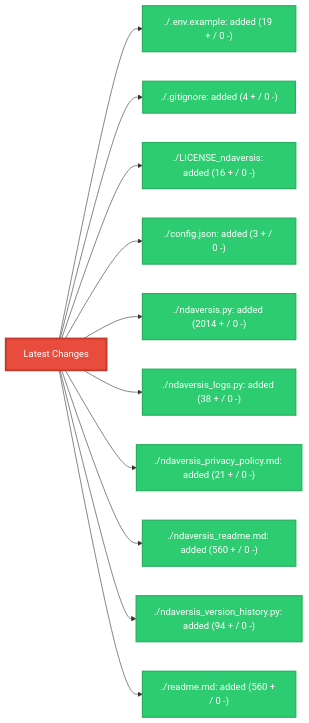
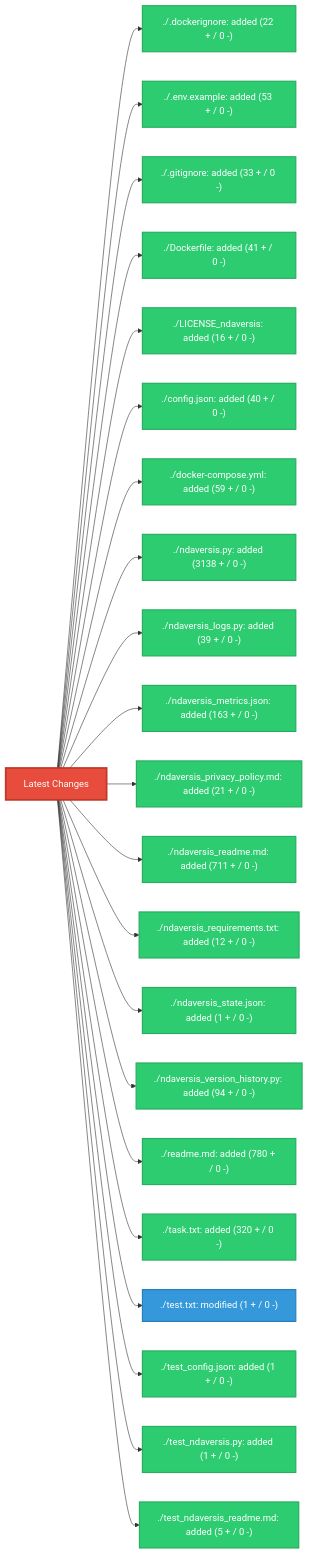
One commit to lystwork/ndaversis changed the sixth of 7 diagrams in readme.md. Above: the diagram before and after it, drawn with Mermaid. The commit also changed other lines of this file and 4 other files, not shown here.

````diff
--- a/readme.md
+++ b/readme.md
@@ -497,32 +614,54 @@
 ```mermaid
 graph LR
-    Root["Latest Changes"] --> env_example & gitignore & LICENSE_ndaversis & config_json & ndaversis_py & ndaversis_logs_py & ndaversis_privacy_policy_md & ndaversis_readme_md & ndaversis_version_history_py & readme_md
-    env_example["./.env.example: added (19 + / 0 -)"]
-    gitignore["./.gitignore: added (4 + / 0 -)"]
+    Root["Latest Changes"] --> dockerignore & env_example & gitignore & Dockerfile & LICENSE_ndaversis & config_json & docker_compose_yml & ndaversis_py & ndaversis_logs_py & ndaversis_metrics_json & ndaversis_privacy_policy_md & ndaversis_readme_md & ndaversis_requirements_txt & ndaversis_state_json & ndaversis_version_history_py & readme_md & task_txt & test_txt & test_config_json & test_ndaversis_py & test_ndaversis_readme_md
+    dockerignore["./.dockerignore: added (22 + / 0 -)"]
+    env_example["./.env.example: added (53 + / 0 -)"]
+    gitignore["./.gitignore: added (33 + / 0 -)"]
+    Dockerfile["./Dockerfile: added (41 + / 0 -)"]
     LICENSE_ndaversis["./LICENSE_ndaversis: added (16 + / 0 -)"]
-    config_json["./config.json: added (3 + / 0 -)"]
-    ndaversis_py["./ndaversis.py: added (2014 + / 0 -)"]
-    ndaversis_logs_py["./ndaversis_logs.py: added (38 + / 0 -)"]
+    config_json["./config.json: added (40 + / 0 -)"]
+    docker_compose_yml["./docker-compose.yml: added (59 + / 0 -)"]
+    ndaversis_py["./ndaversis.py: added (3138 + / 0 -)"]
+    ndaversis_logs_py["./ndaversis_logs.py: added (39 + / 0 -)"]
+    ndaversis_metrics_json["./ndaversis_metrics.json: added (163 + / 0 -)"]
     ndaversis_privacy_policy_md["./ndaversis_privacy_policy.md: added (21 + / 0 -)"]
-    ndaversis_readme_md["./ndaversis_readme.md: added (560 + / 0 -)"]
+    ndaversis_readme_md["./ndaversis_readme.md: added (711 + / 0 -)"]
+    ndaversis_requirements_txt["./ndaversis_requirements.txt: added (12 + / 0 -)"]
+    ndaversis_state_json["./ndaversis_state.json: added (1 + / 0 -)"]
     ndaversis_version_history_py["./ndaversis_version_history.py: added (94 + / 0 -)"]
-    readme_md["./readme.md: added (560 + / 0 -)"]
+    readme_md["./readme.md: added (780 + / 0 -)"]
+    task_txt["./task.txt: added (320 + / 0 -)"]
+    test_txt["./test.txt: modified (1 + / 0 -)"]
+    test_config_json["./test_config.json: added (1 + / 0 -)"]
+    test_ndaversis_py["./test_ndaversis.py: added (1 + / 0 -)"]
+    test_ndaversis_readme_md["./test_ndaversis_readme.md: added (5 + / 0 -)"]
 
 %% Dark mode styling
 classDef rootNode fill:#e74c3c,stroke:#c0392b,stroke-width:3px,color:#fff
 classDef modifiedNode fill:#3498db,stroke:#2980b9,stroke-width:2px,color:#fff
 classDef addedNode fill:#2ecc71,stroke:#27ae60,stroke-width:2px,color:#fff
 classDef deletedNode fill:#95a5a6,stroke:#7f8c8d,stroke-width:2px,color:#fff
 
 class Root rootNode
+class dockerignore addedNode
 class env_example addedNode
 class gitignore addedNode
+class Dockerfile addedNode
 class LICENSE_ndaversis addedNode
 class config_json addedNode
+class docker_compose_yml addedNode
 class ndaversis_py addedNode
 class ndaversis_logs_py addedNode
+class ndaversis_metrics_json addedNode
 class ndaversis_privacy_policy_md addedNode
 class ndaversis_readme_md addedNode
+class ndaversis_requirements_txt addedNode
+class ndaversis_state_json addedNode
 class ndaversis_version_history_py addedNode
 class readme_md addedNode
+class task_txt addedNode
+class test_txt modifiedNode
+class test_config_json addedNode
+class test_ndaversis_py addedNode
+class test_ndaversis_readme_md addedNode
 ```
````
